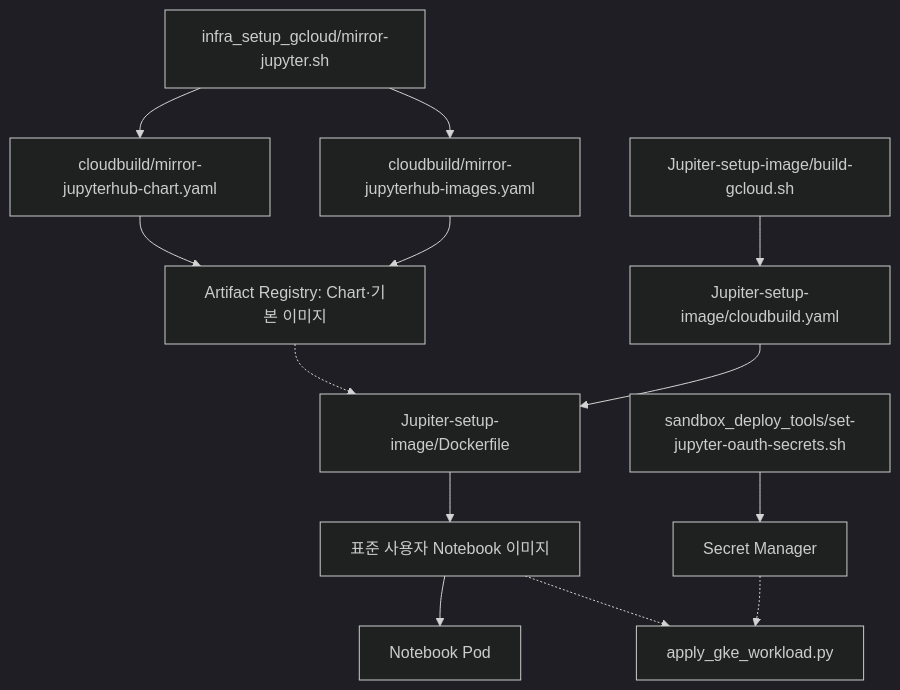
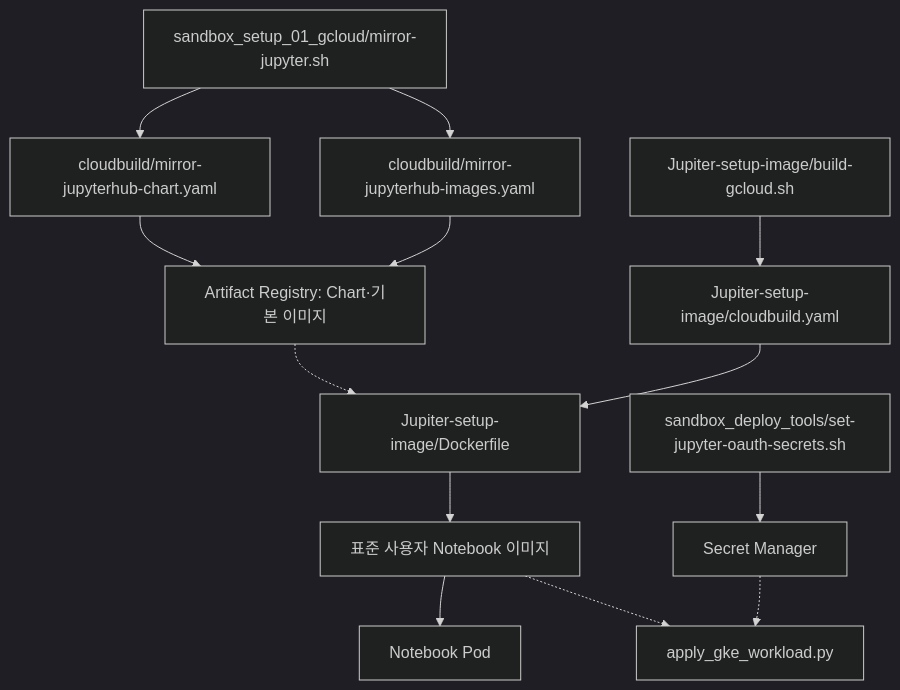
One commit to sonmap/GCP_SBX_Test01 changed the third of 3 diagrams in docs/file-relationships.md. Above: the diagram before and after it, drawn with Mermaid (dark theme). The commit also changed other lines of this file and 38 other files, not shown here.

````diff
--- a/docs/file-relationships.md
+++ b/docs/file-relationships.md
@@ -51,15 +51,15 @@
 ```mermaid
 flowchart TD
-  M["infra_setup_gcloud/mirror-jupyter.sh"] --> MC["cloudbuild/mirror-jupyterhub-chart.yaml"]
+  M["sandbox_setup_01_gcloud/mirror-jupyter.sh"] --> MC["cloudbuild/mirror-jupyterhub-chart.yaml"]
   M --> MI["cloudbuild/mirror-jupyterhub-images.yaml"]
   MC --> AR["Artifact Registry: Chart·기본 이미지"]
   MI --> AR
   AR -.-> JD["Jupiter-setup-image/Dockerfile"]
   JB["Jupiter-setup-image/build-gcloud.sh"] --> JY["Jupiter-setup-image/cloudbuild.yaml"]
   JY --> JD
   JD --> IMG["표준 사용자 Notebook 이미지"]
   IMG --> POD["Notebook Pod"]
   SEC["sandbox_deploy_tools/set-jupyter-oauth-secrets.sh"] --> SM["Secret Manager"]
   SM -.-> K["apply_gke_workload.py"]
   IMG -.-> K
 ```
````
